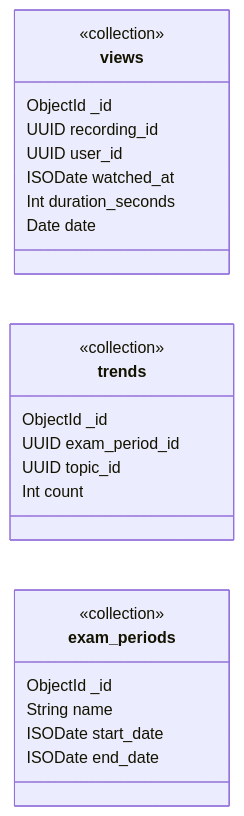
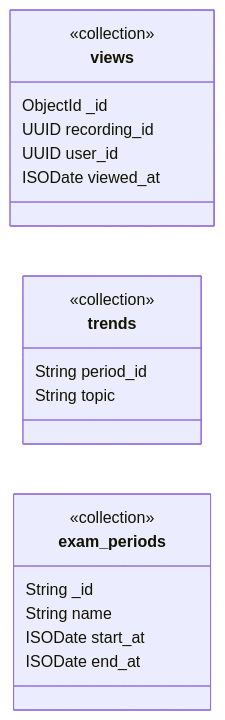
Before and after one commit to AbdielOtzoy/SA_PROYECTO_202300350: the second of 2 diagrams in docs/base-de-datos/modelo-entidad-relacion.md, drawn with Mermaid. The commit also changed other lines of this file and 15 other files, not shown here.

First line of the commit message:
Refactor database schema and documentation for improved clarity and functionality

````diff
--- a/docs/base-de-datos/modelo-entidad-relacion.md
+++ b/docs/base-de-datos/modelo-entidad-relacion.md
@@ -335,30 +342,26 @@
 ```mermaid
 classDiagram
     direction LR
 
     class views {
         <<collection>>
         ObjectId _id
         UUID recording_id
         UUID user_id
-        ISODate watched_at
-        Int duration_seconds
-        Date date
+        ISODate viewed_at
     }
 
     class trends {
         <<collection>>
-        ObjectId _id
-        UUID exam_period_id
-        UUID topic_id
-        Int count
+        String period_id
+        String topic
     }
 
     class exam_periods {
         <<collection>>
-        ObjectId _id
+        String _id
         String name
-        ISODate start_date
-        ISODate end_date
+        ISODate start_at
+        ISODate end_at
     }
 ```
````
